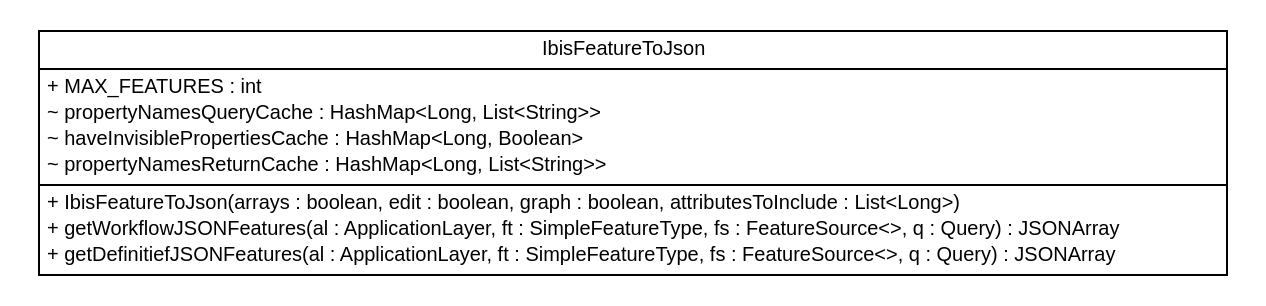
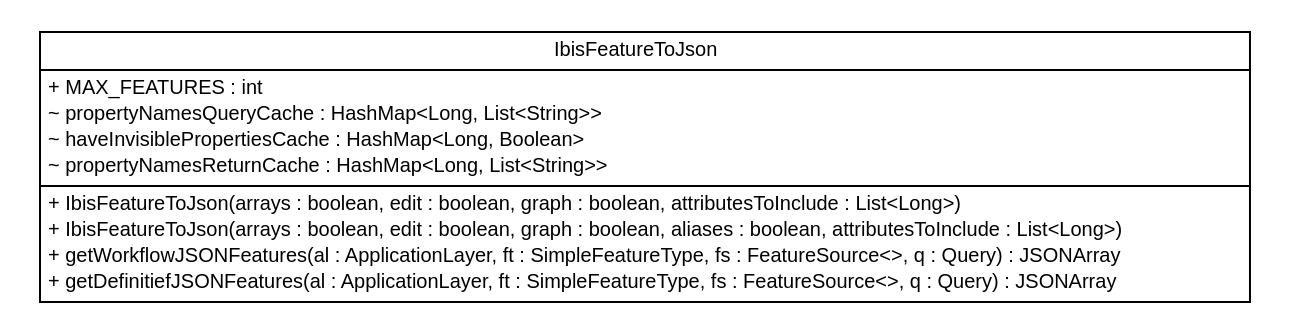
The diagram in ibis-viewer/apidocs/nl/b3p/viewer/util/nl.b3p.viewer.util.dot (B3Partners/flamingo-ibis), drawn with Graphviz before and after one commit. The commit also changed 76 other files, not shown here.

```diff
--- a/ibis-viewer/apidocs/nl/b3p/viewer/util/nl.b3p.viewer.util.dot
+++ b/ibis-viewer/apidocs/nl/b3p/viewer/util/nl.b3p.viewer.util.dot
@@ -1,29 +1,30 @@
 #!/usr/local/bin/dot
 #
 # Class diagram 
 # Generated by UMLGraph version R5_6-24-gf6e263 (http://www.umlgraph.org/)
 #
 
 digraph G {
 	edge [fontname="Helvetica",fontsize=10,labelfontname="Helvetica",labelfontsize=10];
 	node [fontname="Helvetica",fontsize=10,shape=plaintext];
 	nodesep=0.25;
 	ranksep=0.5;
 	// nl.b3p.viewer.util.IbisFeatureToJson
 	c45 [label=<<table title="nl.b3p.viewer.util.IbisFeatureToJson" border="0" cellborder="1" cellspacing="0" cellpadding="2" port="p" href="./IbisFeatureToJson.html">
 		<tr><td><table border="0" cellspacing="0" cellpadding="1">
 <tr><td align="center" balign="center"> IbisFeatureToJson </td></tr>
 		</table></td></tr>
 		<tr><td><table border="0" cellspacing="0" cellpadding="1">
 <tr><td align="left" balign="left"> + MAX_FEATURES : int </td></tr>
 <tr><td align="left" balign="left"> ~ propertyNamesQueryCache : HashMap&lt;Long, List&lt;String&gt;&gt; </td></tr>
 <tr><td align="left" balign="left"> ~ haveInvisiblePropertiesCache : HashMap&lt;Long, Boolean&gt; </td></tr>
 <tr><td align="left" balign="left"> ~ propertyNamesReturnCache : HashMap&lt;Long, List&lt;String&gt;&gt; </td></tr>
 		</table></td></tr>
 		<tr><td><table border="0" cellspacing="0" cellpadding="1">
 <tr><td align="left" balign="left"> + IbisFeatureToJson(arrays : boolean, edit : boolean, graph : boolean, attributesToInclude : List&lt;Long&gt;) </td></tr>
+<tr><td align="left" balign="left"> + IbisFeatureToJson(arrays : boolean, edit : boolean, graph : boolean, aliases : boolean, attributesToInclude : List&lt;Long&gt;) </td></tr>
 <tr><td align="left" balign="left"> + getWorkflowJSONFeatures(al : ApplicationLayer, ft : SimpleFeatureType, fs : FeatureSource&lt;&gt;, q : Query) : JSONArray </td></tr>
 <tr><td align="left" balign="left"> + getDefinitiefJSONFeatures(al : ApplicationLayer, ft : SimpleFeatureType, fs : FeatureSource&lt;&gt;, q : Query) : JSONArray </td></tr>
 		</table></td></tr>
 		</table>>, URL="./IbisFeatureToJson.html", fontname="Helvetica", fontcolor="black", fontsize=10.0];
 }
```
